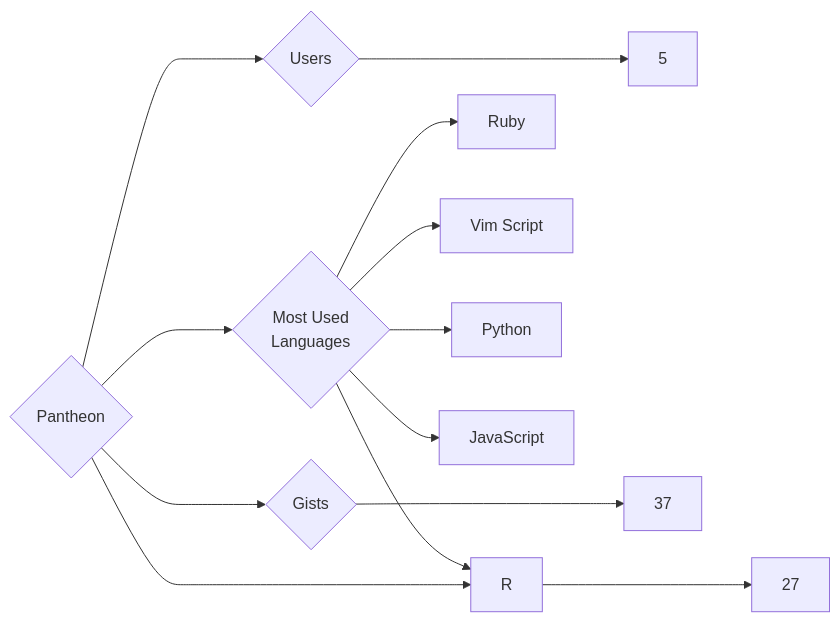
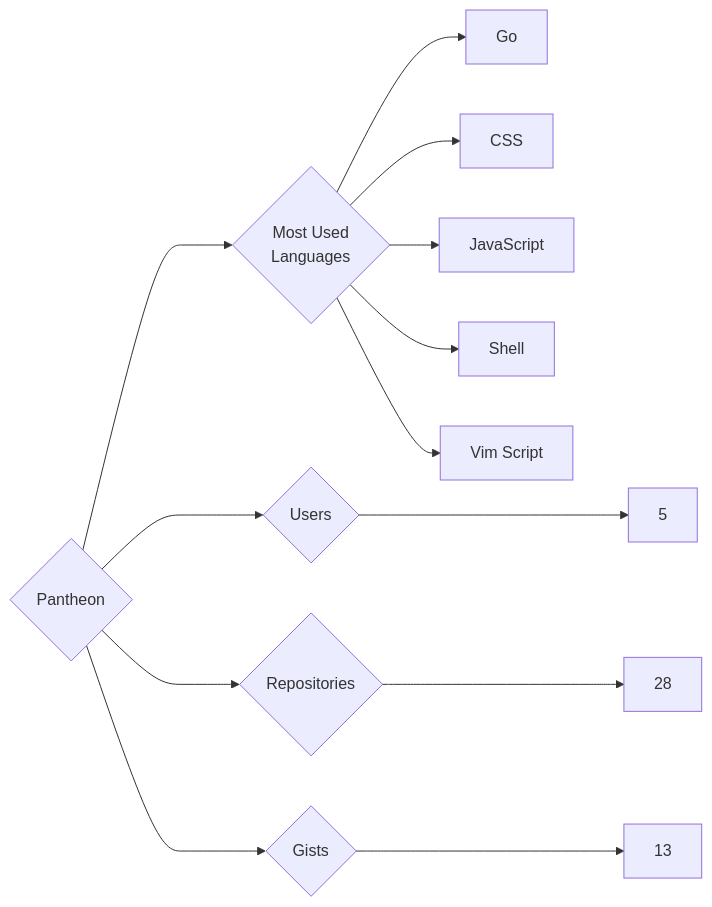
One commit to trickest/insiders changed the diagram in targets/Pantheon/README.md. Above: the diagram before and after it, drawn with Mermaid. The commit also changed 871 other files, not shown here.

````diff
--- a/targets/Pantheon/README.md
+++ b/targets/Pantheon/README.md
@@ -3,13 +3,13 @@
 ```mermaid
 graph LR
 COMPANY_NAME{Pantheon}
 COMPANY_NAME ---> U{Users} ---> UN[5]
-COMPANY_NAME ---> R{Repositories} ---> RN[27]
-COMPANY_NAME ---> G{Gists} ---> GN[37]
+COMPANY_NAME ---> R{Repositories} ---> RN[28]
+COMPANY_NAME ---> G{Gists} ---> GN[13]
 COMPANY_NAME ---> ML{Most Used<br>Languages}
-ML --> Ruby[Ruby]
+ML --> Go[Go]
+ML --> CSS[CSS]
+ML --> JavaScript[JavaScript]
+ML --> Shell[Shell]
 ML --> Vim_Script[Vim Script]
-ML --> R[R]
-ML --> Python[Python]
-ML --> JavaScript[JavaScript]
 ```
````
